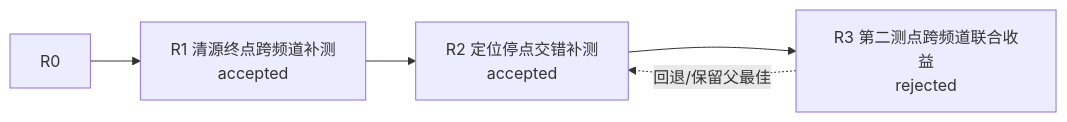
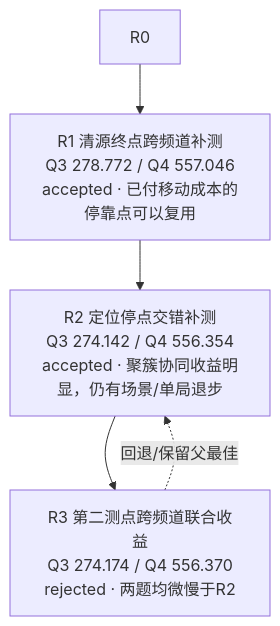
One commit to xiangguaguadadi-dot/cumcm2026-b changed the fourth of 10 diagrams in experiments/R1_atlas/DIRECTION_MAP.md. Above: the diagram before and after it, drawn with Mermaid. The commit also changed other lines of this file and 81 other files, not shown here.

````diff
--- a/experiments/R1_atlas/DIRECTION_MAP.md
+++ b/experiments/R1_atlas/DIRECTION_MAP.md
@@ -125,10 +126,10 @@
 ```mermaid
-flowchart LR
-  A3_coordination_R1["R1 清源终点跨频道补测<br/>accepted"]
+flowchart TB
+  A3_coordination_R1["R1 清源终点跨频道补测<br/>Q3 278.772 / Q4 557.046<br/>accepted · 已付移动成本的停靠点可以复用"]
   R0 --> A3_coordination_R1
-  A3_coordination_R2["R2 定位停点交错补测<br/>accepted"]
+  A3_coordination_R2["R2 定位停点交错补测<br/>Q3 274.142 / Q4 556.354<br/>accepted · 聚簇协同收益明显，仍有场景/单局退步"]
   A3_coordination_R1 --> A3_coordination_R2
-  A3_coordination_R3["R3 第二测点跨频道联合收益<br/>rejected"]
+  A3_coordination_R3["R3 第二测点跨频道联合收益<br/>Q3 274.174 / Q4 556.370<br/>rejected · 两题均微慢于R2"]
   A3_coordination_R2 --> A3_coordination_R3
   A3_coordination_R3 -. "回退/保留父最佳" .-> A3_coordination_R2
 ```
````
